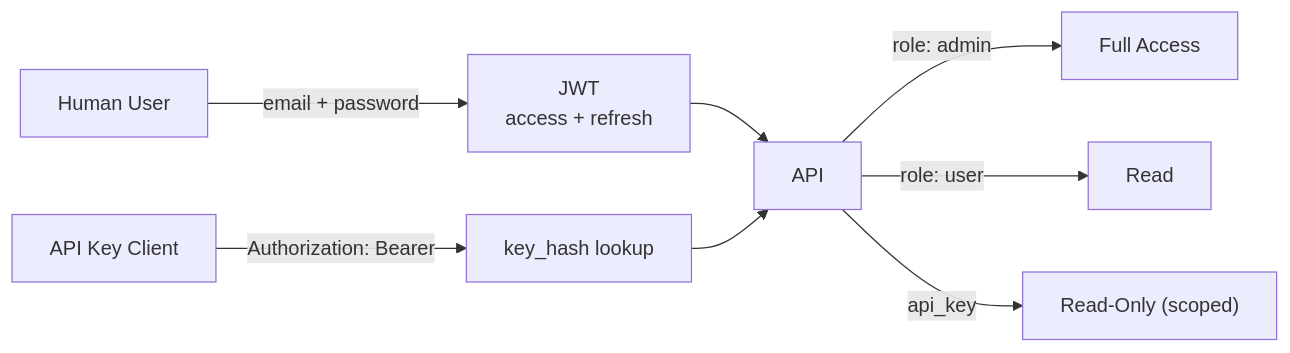
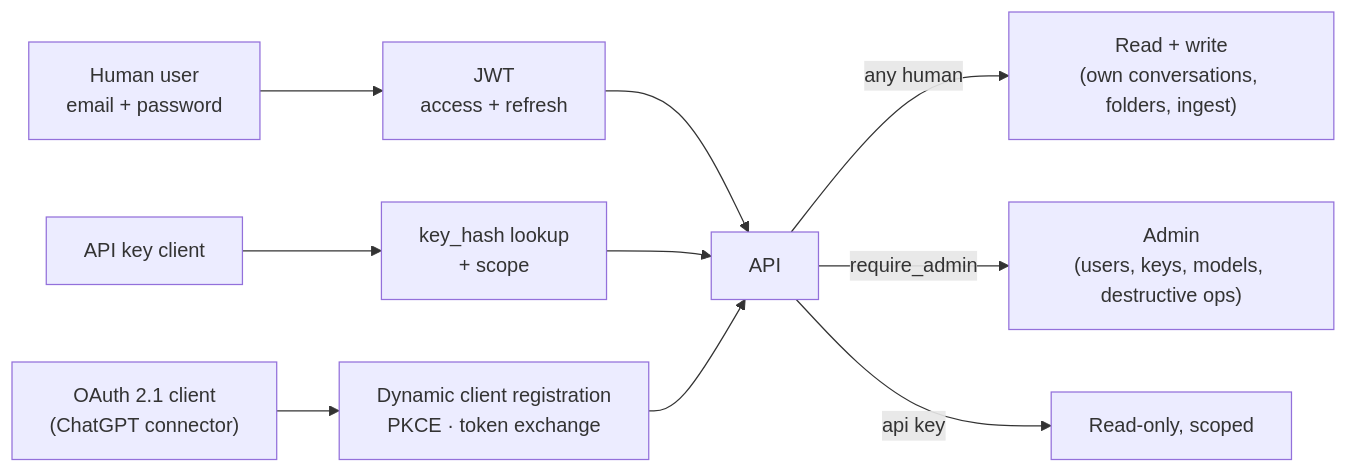
The seventh of 7 diagrams in docs/architecture.md (r0shi/harborclerk), drawn with Mermaid before and after one commit. The commit also changed other lines of this file, not shown here.

First line of the commit message:
docs: rewrite architecture.md, remove staleness banner

````diff
--- a/docs/architecture.md
+++ b/docs/architecture.md
@@ -269,15 +280,18 @@
 ```mermaid
 graph LR
-    human["Human User"]
-    apikey["API Key Client"]
+    human["Human user<br/>email + password"]
+    apikey["API key client"]
+    oauth["OAuth 2.1 client<br/>(ChatGPT connector)"]
 
-    human -- "email + password" --> jwt["JWT<br/>access + refresh"]
-    apikey -- "Authorization: Bearer" --> hash["key_hash lookup"]
+    human --> jwt["JWT<br/>access + refresh"]
+    apikey --> hash["key_hash lookup<br/>+ scope"]
+    oauth --> dcr["Dynamic client registration<br/>PKCE · token exchange"]
 
     jwt --> api["API"]
     hash --> api
+    dcr --> api
 
-    api -- "role: admin" --> full["Full Access"]
-    api -- "role: user" --> limited["Read"]
-    api -- "api_key" --> readonly["Read-Only (scoped)"]
+    api -- "any human" --> write["Read + write<br/>(own conversations, folders, ingest)"]
+    api -- "require_admin" --> admin["Admin<br/>(users, keys, models, destructive ops)"]
+    api -- "api key" --> readonly["Read-only, scoped"]
 ```
````
